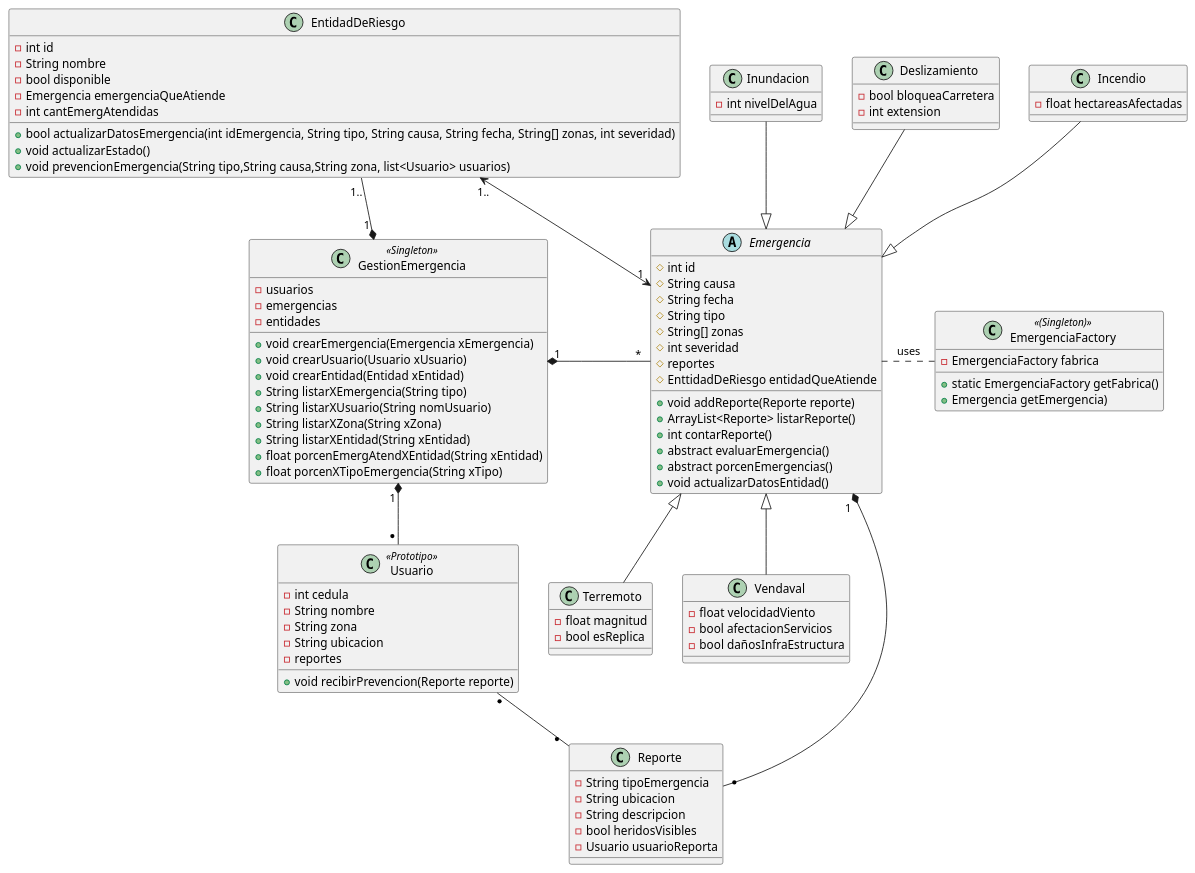
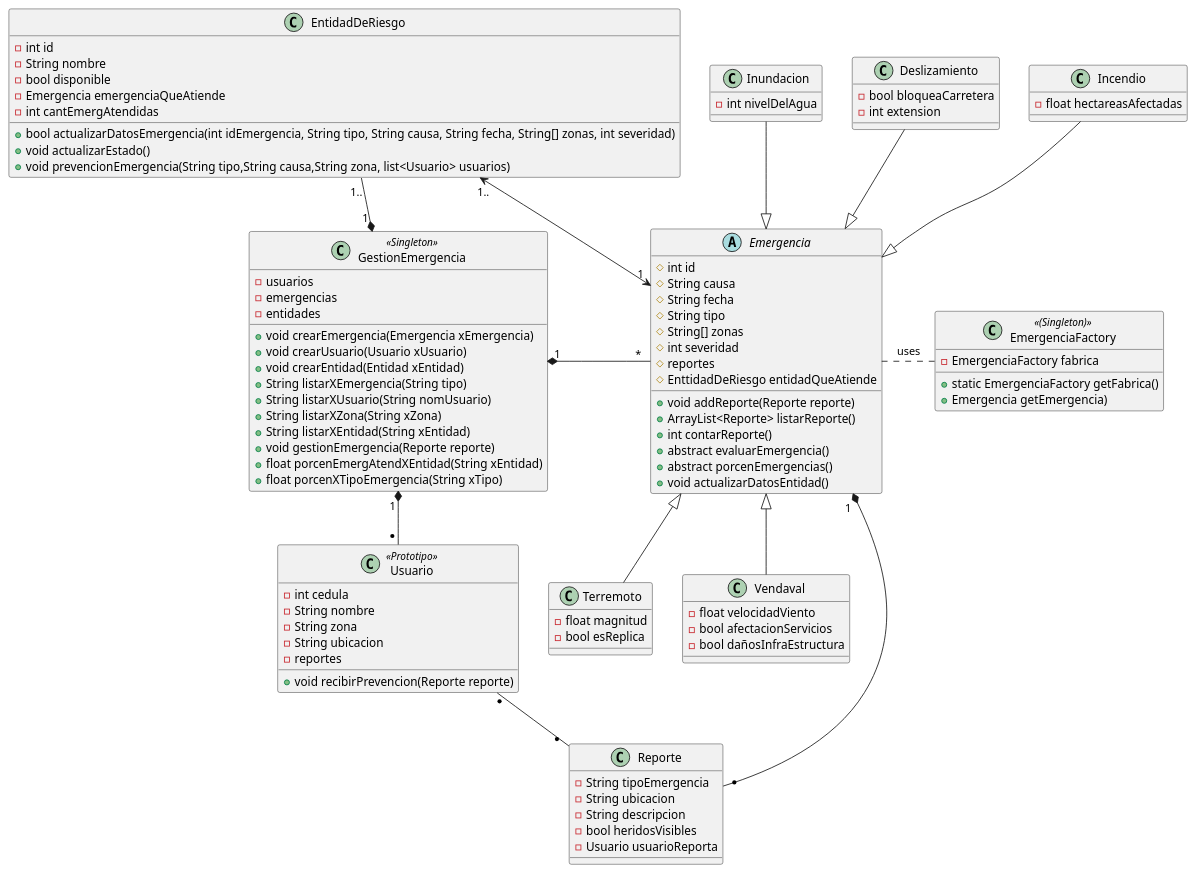
One commit to ruizal20/PROYECTODEPOO changed the diagram in src/sg/modelo/diagramaemergencias.puml. Above: the diagram before and after it, drawn with PlantUML.

```diff
--- a/src/sg/modelo/diagramaemergencias.puml
+++ b/src/sg/modelo/diagramaemergencias.puml
@@ -1,111 +1,113 @@
 @startuml
 abstract class Emergencia{
     #int id
     #String causa
     #String fecha
     #String tipo
     #String[] zonas
     #int severidad
     #reportes
     #EnttidadDeRiesgo entidadQueAtiende
 
     +void addReporte(Reporte reporte)
     +ArrayList<Reporte> listarReporte()
     +int contarReporte()
     +abstract evaluarEmergencia()
     +abstract porcenEmergencias()
     +void actualizarDatosEntidad()
+    
 }
 
 class EmergenciaFactory<<(Singleton)>>{
     -EmergenciaFactory fabrica
     
     +static EmergenciaFactory getFabrica()
     + Emergencia getEmergencia)
 }
 
 class Inundacion{
     -int nivelDelAgua
 }
 
 class Terremoto{
     -float magnitud
     -bool esReplica
 }
 
 class Deslizamiento{
     -bool bloqueaCarretera
     -int extension
 }
 
 class Incendio{
     -float hectareasAfectadas
 }
 
 class Vendaval{
     -float velocidadViento
     -bool afectacionServicios
     -bool dañosInfraEstructura
 }
 
 class Usuario <<Prototipo>>{
     -int cedula
     -String nombre
     -String zona
     -String ubicacion
     -reportes
 
     +void recibirPrevencion(Reporte reporte)
 }
 
 class EntidadDeRiesgo{
     -int id
     -String nombre
     -bool disponible
     -Emergencia emergenciaQueAtiende
     -int cantEmergAtendidas
 
     +bool actualizarDatosEmergencia(int idEmergencia, String tipo, String causa, String fecha, String[] zonas, int severidad)
     +void actualizarEstado()
     +void prevencionEmergencia(String tipo,String causa,String zona, list<Usuario> usuarios)
 }
 
 class Reporte{
     -String tipoEmergencia
     -String ubicacion
     -String descripcion
     -bool heridosVisibles
     -Usuario usuarioReporta
 }
 
 class GestionEmergencia <<Singleton>>{
     -usuarios
     -emergencias
     -entidades
     
     +void crearEmergencia(Emergencia xEmergencia)
     +void crearUsuario(Usuario xUsuario)
     +void crearEntidad(Entidad xEntidad)
     +String listarXEmergencia(String tipo)
     +String listarXUsuario(String nomUsuario)
     +String listarXZona(String xZona)
     +String listarXEntidad(String xEntidad)
+    +void gestionEmergencia(Reporte reporte)
     +float porcenEmergAtendXEntidad(String xEntidad)
     +float porcenXTipoEmergencia(String xTipo)
 }
 
 
 Inundacion --|> Emergencia 
 Terremoto -up-|> Emergencia  
 Deslizamiento --|> Emergencia  
 Incendio --|> Emergencia  
 Vendaval -up-|> Emergencia  
 Reporte "* " -up-* "1  " Emergencia
 Reporte "* " -up- "*  " Usuario
 Emergencia .right.. EmergenciaFactory : uses
 EntidadDeRiesgo "1.." <-up-> "1" Emergencia
 GestionEmergencia "1 " *-down- "* " Usuario 
 GestionEmergencia "1 " *-right- "  * " Emergencia 
 GestionEmergencia "1 " *-up- "1.." EntidadDeRiesgo 
 
 @enduml
```
